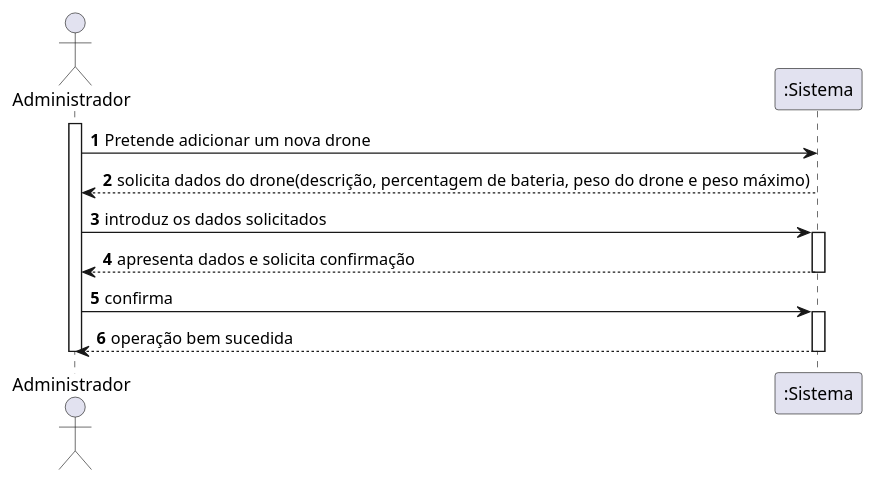
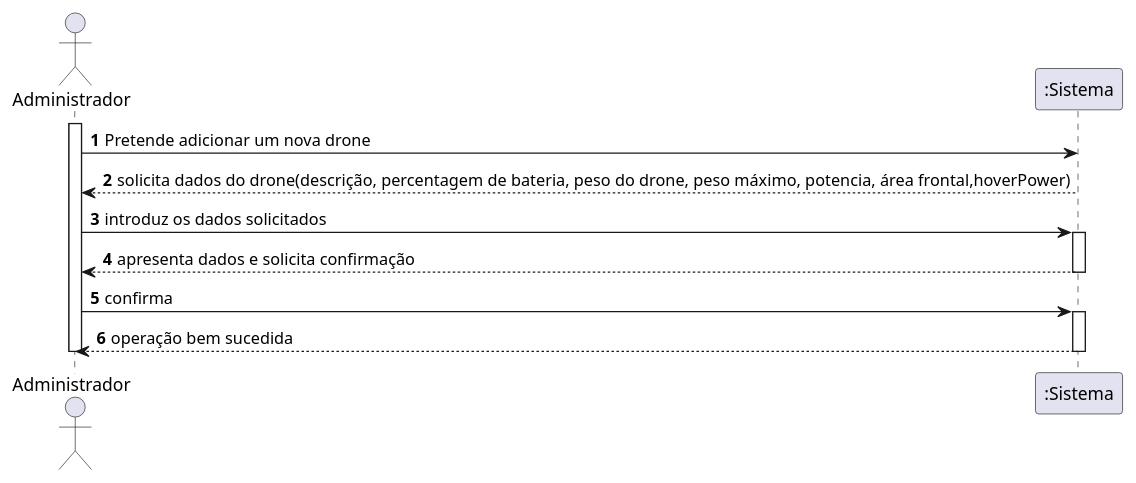
The diagram in docs/UC7/UC7_AdicionarDrone_SSD.puml (pedrolemos4/LAPR3), drawn with PlantUML before and after one commit. The commit also changed 6 other files, not shown here.

```diff
--- a/docs/UC7/UC7_AdicionarDrone_SSD.puml
+++ b/docs/UC7/UC7_AdicionarDrone_SSD.puml
@@ -1,22 +1,22 @@
 @startuml
 autonumber
 actor "Administrador" as UNR
 
 activate UNR
 UNR -> ":Sistema" : Pretende adicionar um nova drone
-":Sistema" --> UNR : solicita dados do drone(descrição, percentagem de bateria, peso do drone e peso máximo)
+":Sistema" --> UNR : solicita dados do drone(descrição, percentagem de bateria, peso do drone, peso máximo, potencia, área frontal,hoverPower)
 deactivate ":Sistema"
 
 
 UNR -> ":Sistema" : introduz os dados solicitados
 activate ":Sistema"
 ":Sistema" --> UNR : apresenta dados e solicita confirmação
 deactivate ":Sistema"
 
 UNR -> ":Sistema" : confirma
 activate ":Sistema"
 ":Sistema" --> UNR : operação bem sucedida
 deactivate ":Sistema"
 
 deactivate UNR
 @enduml
```
